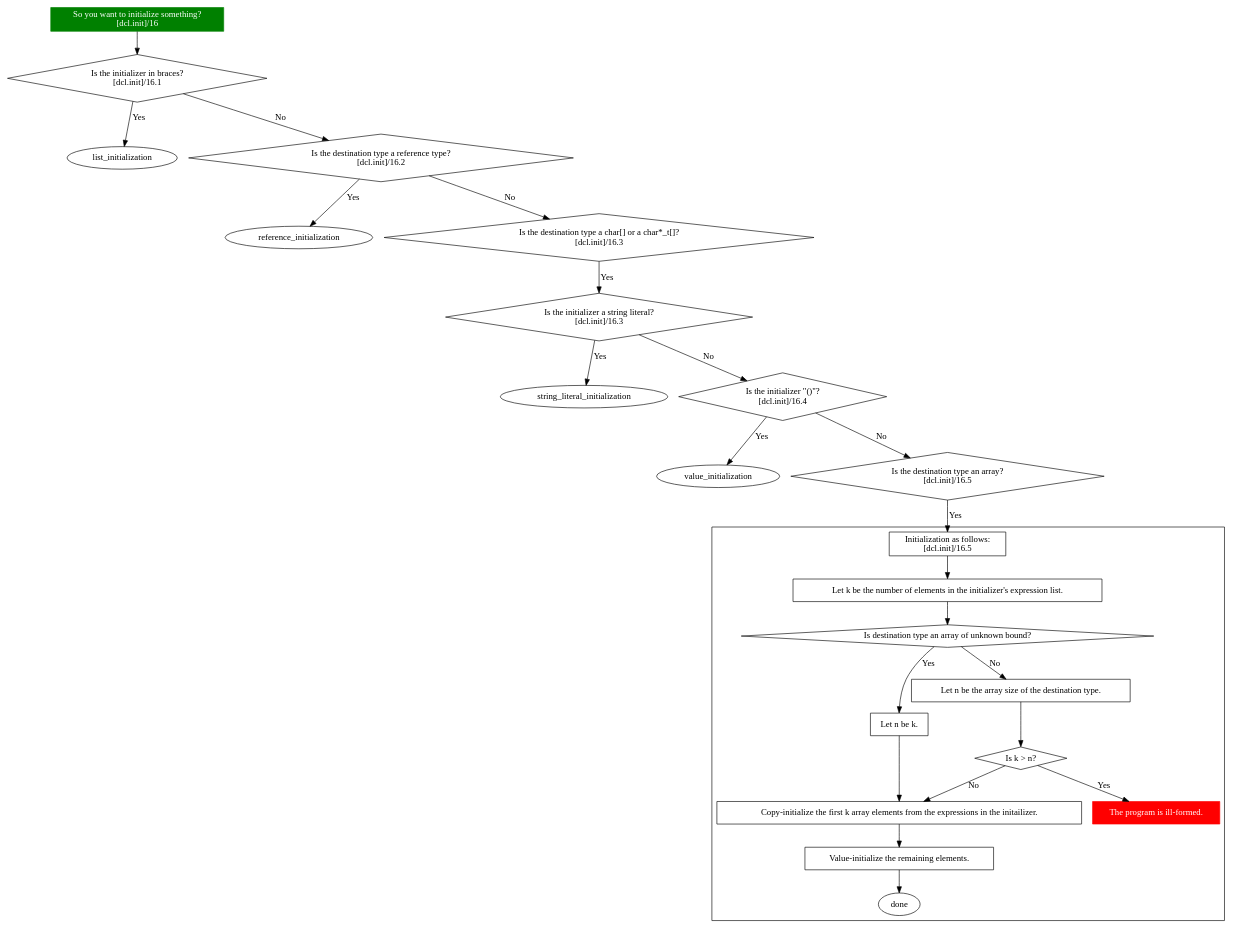
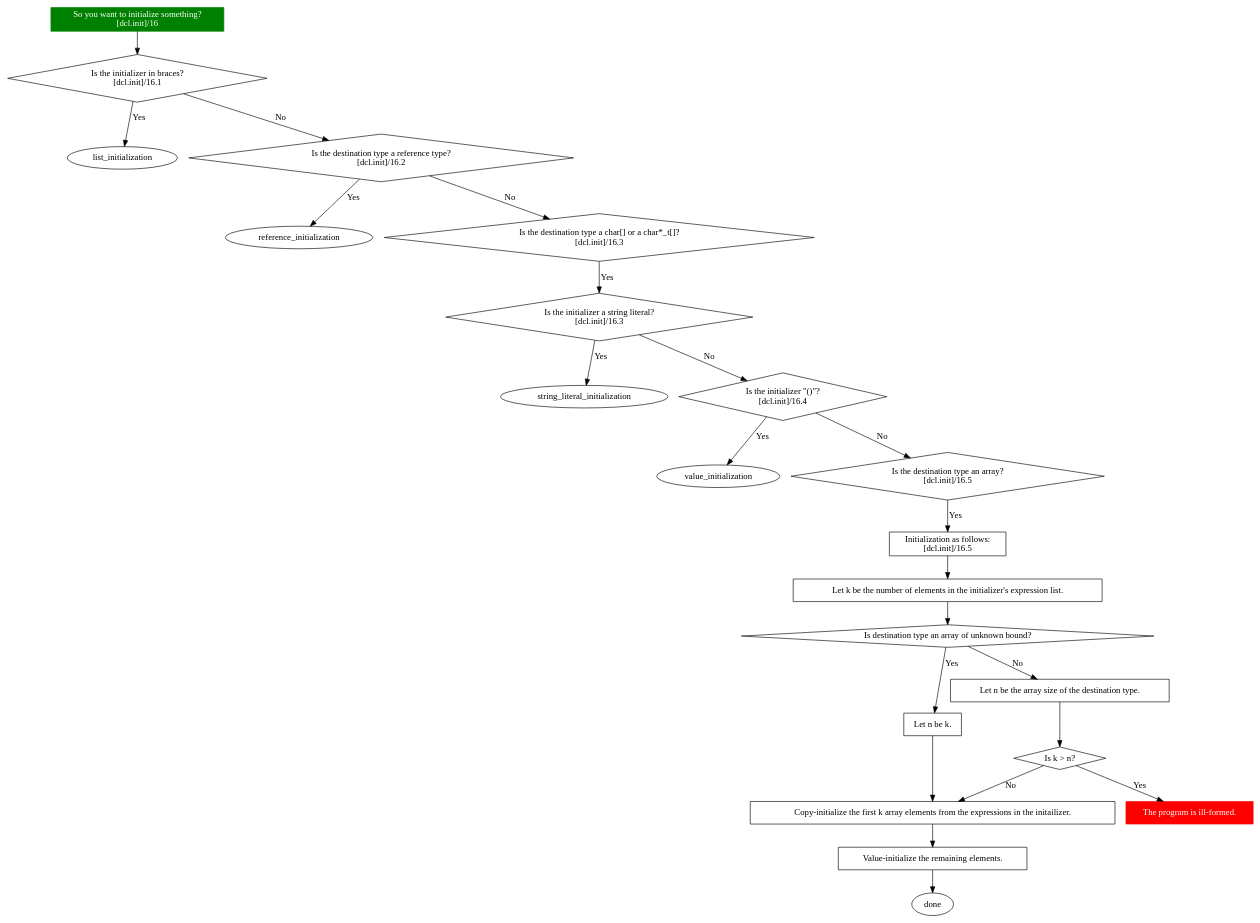
One commit to randomnetcat/cpp_initialization changed the diagram in flowchart.dot. Above: the diagram before and after it, drawn with Graphviz.

Commit message:
Make array initialization not a cluster

```diff
--- a/flowchart.dot
+++ b/flowchart.dot
@@ -1,56 +1,56 @@
 digraph initialization {
     start [label="So you want to initialize something?\n[dcl.init]/16", style=filled, fillcolor=green, shape=box, color=green, fontcolor=white]
         start -> is_braced
 
     is_braced [label="Is the initializer in braces?\n[dcl.init]/16.1", shape=diamond]
         is_braced -> list_initialization [label="Yes"]
         is_braced -> is_dest_reference [label="No"]
     
     is_dest_reference [label="Is the destination type a reference type?\n[dcl.init]/16.2", shape=diamond]
         is_dest_reference -> reference_initialization [label="Yes"]
         is_dest_reference -> is_char_arr_init [label="No"]
     
     is_char_arr_init [label="Is the destination type a char[] or a char*_t[]?\n[dcl.init]/16.3", shape=diamond]
         is_char_arr_init -> is_char_arr_literal_init [label="Yes"]
     
     is_char_arr_literal_init [label="Is the initializer a string literal?\n[dcl.init]/16.3", shape=diamond]
         is_char_arr_literal_init -> string_literal_initialization [label="Yes"]
         is_char_arr_literal_init -> is_initializer_empty_parens [label="No"]
 
     is_initializer_empty_parens [label="Is the initializer \"()\"?\n[dcl.init]/16.4", shape=diamond]
         is_initializer_empty_parens -> value_initialization [label="Yes"]
         is_initializer_empty_parens -> is_dest_array [label="No"]
 
     is_dest_array[label="Is the destination type an array?\n[dcl.init]/16.5", shape=diamond]
         is_dest_array -> array_initialization_head [label="Yes"]
 
-    subgraph cluster_array_initialization {
+    subgraph array_initialization {
         array_initialization_head [label="Initialization as follows:\n[dcl.init]/16.5", shape=box]
             array_initialization_head -> array_k_definition
         
         array_k_definition [label="Let k be the number of elements in the initializer's expression list.", shape=box]
             array_k_definition -> array_is_unsized
 
         array_is_unsized [label = "Is destination type an array of unknown bound?", shape=diamond]
             array_is_unsized -> array_unsized_n_defn [label = "Yes"]
             array_is_unsized -> array_sized_n_defn [label = "No"]
         
         array_unsized_n_defn [label = "Let n be k.", shape=box]
             array_unsized_n_defn -> array_initialize_first_k
 
         array_sized_n_defn [label = "Let n be the array size of the destination type.", shape=box]
             array_sized_n_defn -> array_k_gt_n
 
         array_k_gt_n [label = "Is k > n?", shape=diamond]
             array_k_gt_n -> array_k_gt_n_ill_formed [label = "Yes"]
             array_k_gt_n -> array_initialize_first_k [label = "No"]    
 
         array_k_gt_n_ill_formed [label = "The program is ill-formed.", shape=box, style=filled, color=red, fontcolor=white]
 
         array_initialize_first_k [label = "Copy-initialize the first k array elements from the expressions in the initailizer.", shape=box]
             array_initialize_first_k -> array_initialize_rest
 
         array_initialize_rest [label = "Value-initialize the remaining elements.", shape=box]
             array_initialize_rest -> done
     }
 }
```
